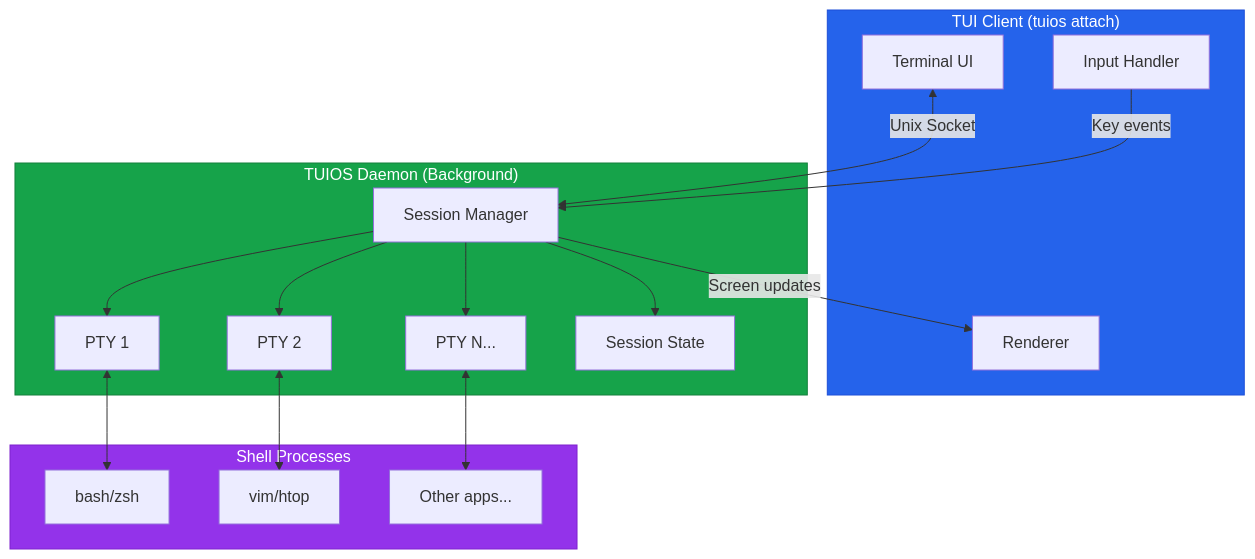
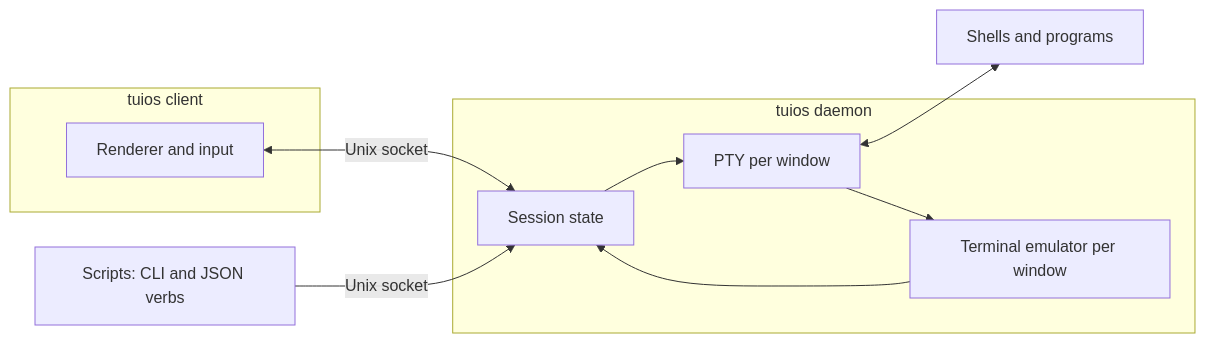
One commit to Gaurav-Gosain/tuios-docs changed the diagram in content/docs/sessions.mdx. Above: the diagram before and after it, drawn with Mermaid. The commit also changed other lines of this file, not shown here.

````diff
--- a/content/docs/sessions.mdx
+++ b/content/docs/sessions.mdx
@@ -167,39 +260,22 @@
 ```mermaid
-graph TB
-    subgraph Client["TUI Client (tuios attach)"]
-        UI[Terminal UI]
-        Input[Input Handler]
-        Render[Renderer]
+graph LR
+    subgraph Client["tuios client"]
+        UI[Renderer and input]
     end
 
-    subgraph Daemon["TUIOS Daemon (Background)"]
-        SM[Session Manager]
-        PTY1[PTY 1]
-        PTY2[PTY 2]
-        PTY3[PTY N...]
-        State[Session State]
+    subgraph Daemon["tuios daemon"]
+        SM[Session state]
+        EMU[Terminal emulator per window]
+        PTY[PTY per window]
     end
 
-    subgraph Shells["Shell Processes"]
-        Shell1[bash/zsh]
-        Shell2[vim/htop]
-        Shell3[Other apps...]
-    end
+    SH[Shells and programs]
+    SCRIPT[Scripts: CLI and JSON verbs]
 
-    UI <-->|Unix Socket| SM
-    Input -->|Key events| SM
-    SM -->|Screen updates| Render
-
-    SM --> State
-    SM --> PTY1
-    SM --> PTY2
-    SM --> PTY3
-
-    PTY1 <--> Shell1
-    PTY2 <--> Shell2
-    PTY3 <--> Shell3
-
-    style Client fill:#2563eb,stroke:#1d4ed8,color:#fff
-    style Daemon fill:#16a34a,stroke:#15803d,color:#fff
-    style Shells fill:#9333ea,stroke:#7e22ce,color:#fff
+    UI <-->|Unix socket| SM
+    SCRIPT -->|Unix socket| SM
+    SM --> PTY
+    PTY <--> SH
+    PTY --> EMU
+    EMU --> SM
 ```
````
